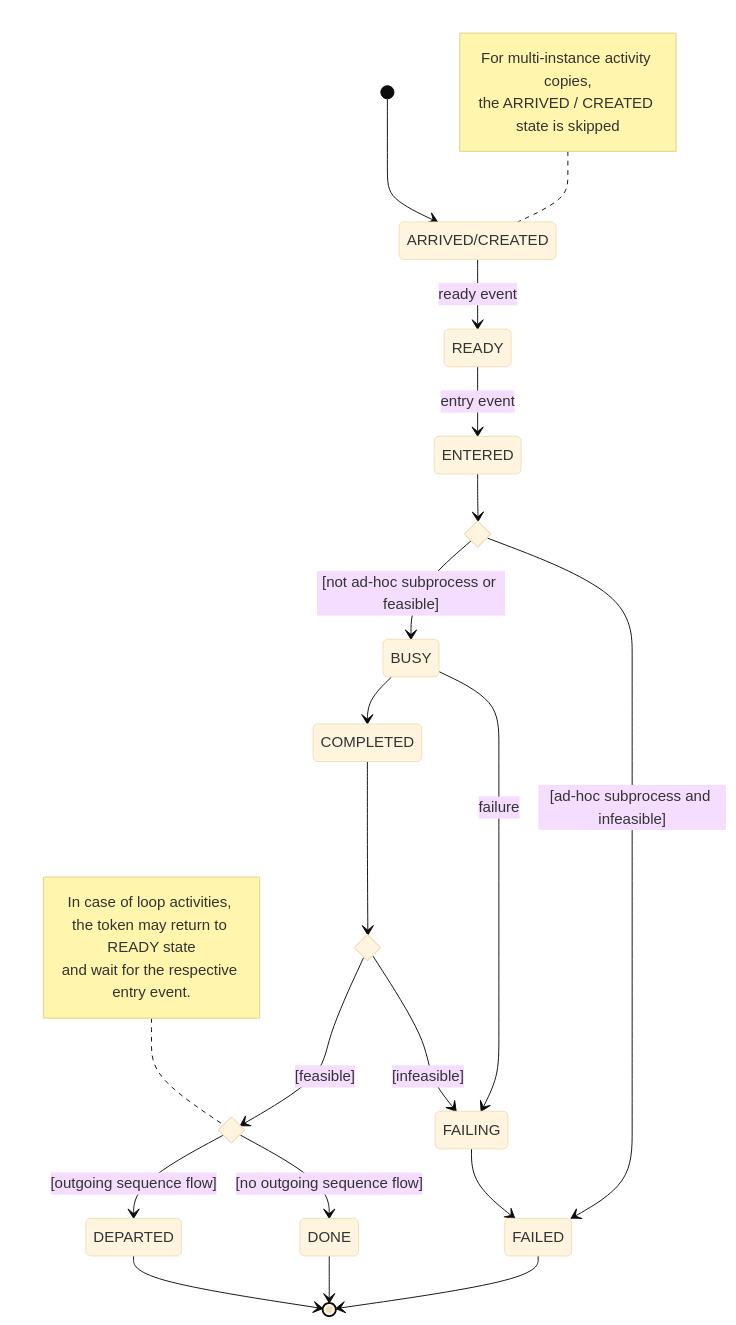
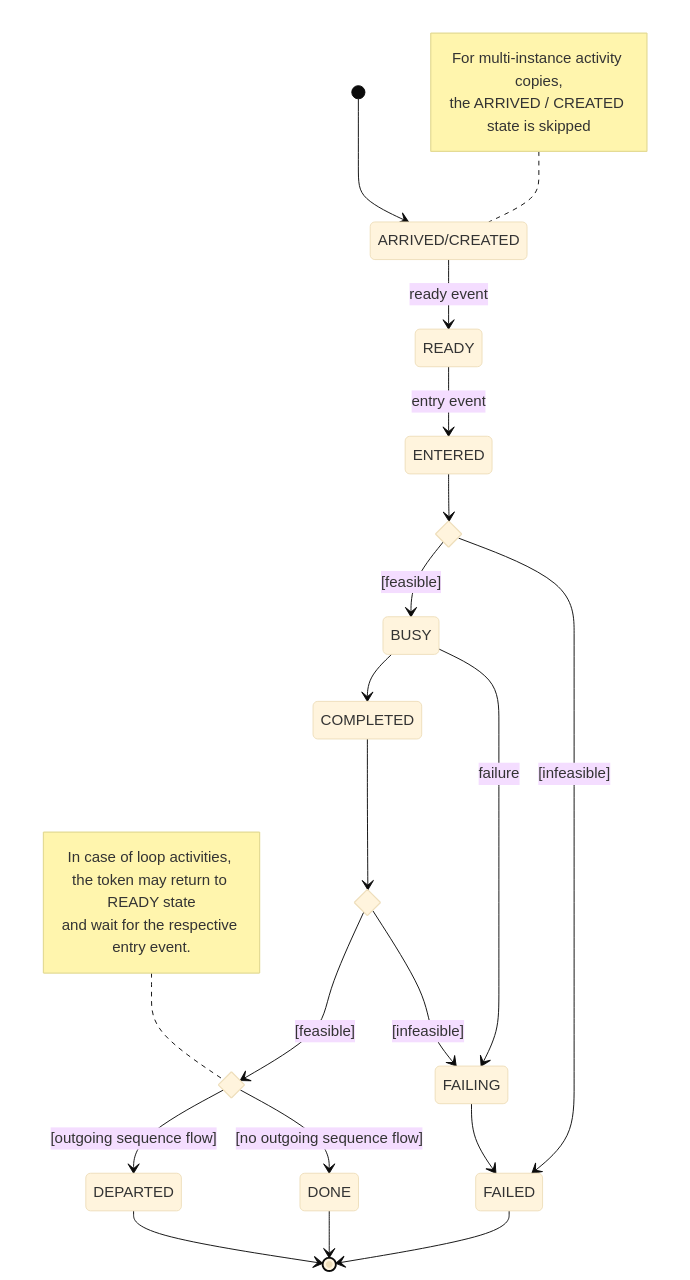
One commit to bpmn-os/bpmnos-engine changed the diagram in docs/md/logic/token_flow_logic_subprocesses.md. Above: the diagram before and after it, drawn with Mermaid (base theme). The commit also changed other lines of this file and 45 other files, not shown here.

```diff
--- a/docs/md/logic/token_flow_logic_subprocesses.md
+++ b/docs/md/logic/token_flow_logic_subprocesses.md
@@ -13,31 +13,31 @@
 <pre class="mermaid">
 stateDiagram-v2
     state feasibleEntry <<choice>>
     state feasibleCompletion <<choice>>
     state departure <<choice>>
     [*] --> ARRIVED/CREATED
     note left of ARRIVED/CREATED
       For multi-instance activity copies,
       the ARRIVED / CREATED state is skipped
     end note
     ARRIVED/CREATED --> READY: ready event
     READY --> ENTERED: entry event
     ENTERED --> feasibleEntry
-    feasibleEntry --> BUSY: [not ad-hoc subprocess or feasible]
-    feasibleEntry --> FAILED: [ad-hoc subprocess and infeasible]
+    feasibleEntry --> BUSY: [feasible]
+    feasibleEntry --> FAILED: [infeasible]
     BUSY --> COMPLETED
     BUSY --> FAILING: failure
     COMPLETED --> feasibleCompletion
     feasibleCompletion --> departure: [feasible]
     note left of departure
       In case of loop activities, the token may return to READY state
       and wait for the respective entry event.
     end note
     feasibleCompletion --> FAILING: [infeasible]
     departure --> DEPARTED: [outgoing sequence flow]
     departure --> DONE: [no outgoing sequence flow]
     DEPARTED --> [*]
     DONE --> [*]
     FAILING --> FAILED
     FAILED --> [*]
 </pre>
```
